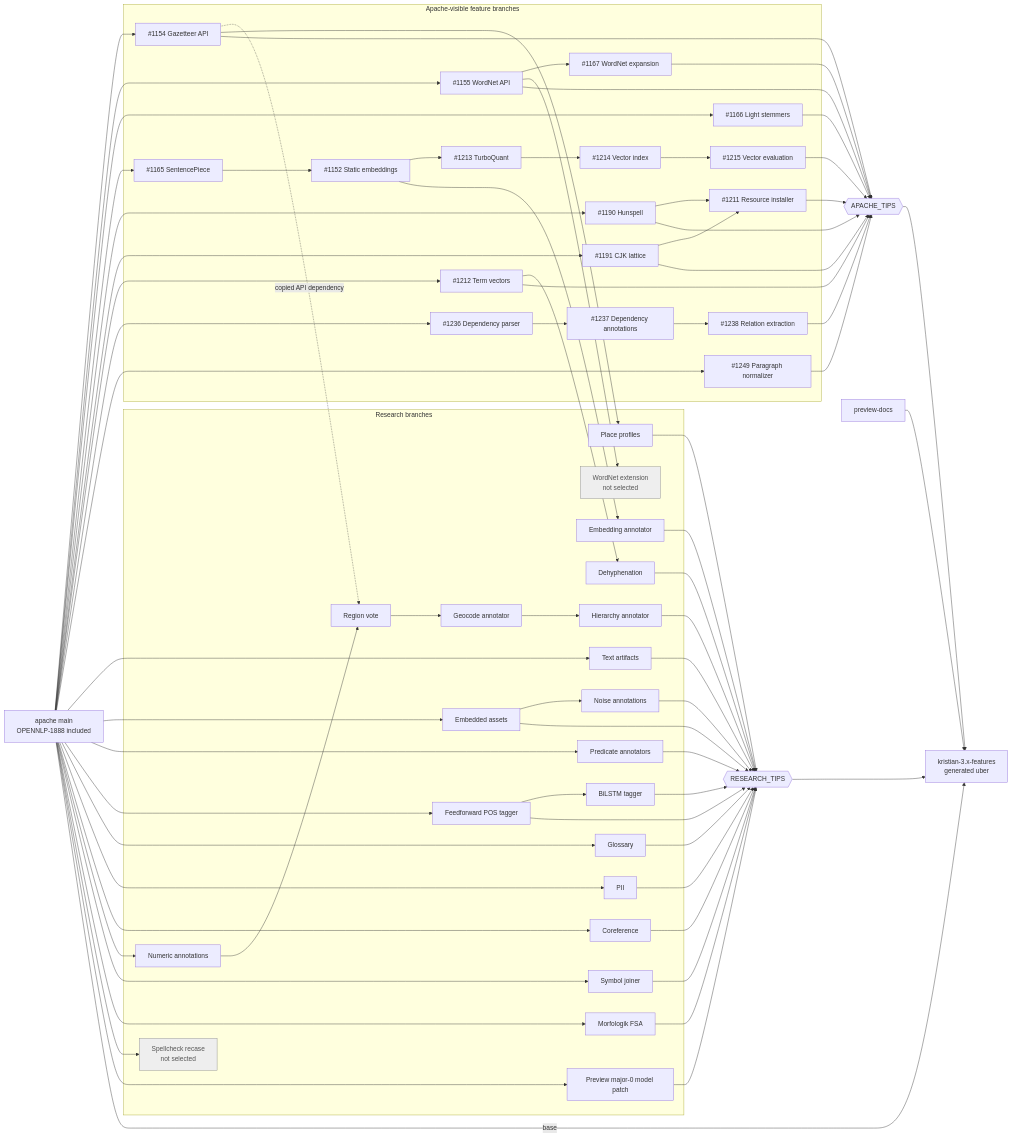
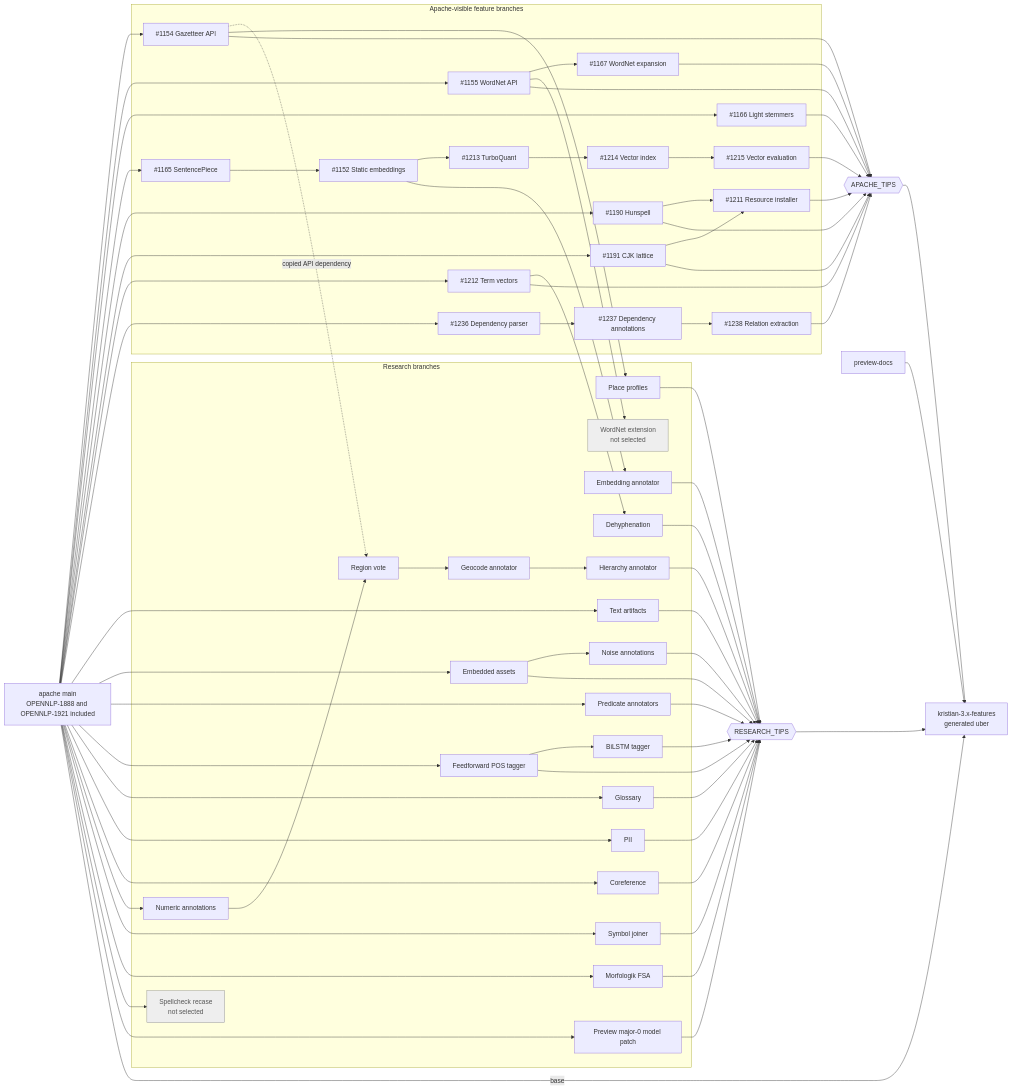
The diagram in RESEARCH_BRANCHES.md (ai-pipestream/opennlp), drawn with Mermaid before and after one commit. The commit also changed other lines of this file, not shown here.

Commit message:
Update branch map after OPENNLP-1921 merge

````diff
--- a/RESEARCH_BRANCHES.md
+++ b/RESEARCH_BRANCHES.md
@@ -38,6 +39,6 @@
 ```mermaid
 flowchart LR
-  main["apache main<br/>OPENNLP-1888 included"]
+  main["apache main<br/>OPENNLP-1888 and OPENNLP-1921 included"]
   uber["kristian-3.x-features<br/>generated uber"]
   apacheTips{{"APACHE_TIPS"}}
   researchTips{{"RESEARCH_TIPS"}}
@@ -59,7 +60,6 @@
     parser["#1236 Dependency parser"]
     dependency["#1237 Dependency annotations"]
     relation["#1238 Relation extraction"]
-    paragraph["#1249 Paragraph normalizer"]
   end
 
   subgraph research["Research branches"]
@@ -98,7 +98,6 @@
   lattice --> installer
   main --> termvector
   main --> parser --> dependency --> relation
-  main --> paragraph
 
   main --> artifacts
   main --> assets --> noise
@@ -128,7 +127,6 @@
   termvector --> apacheTips
   evaluation --> apacheTips
   relation --> apacheTips
-  paragraph --> apacheTips
 
   artifacts --> researchTips
   assets --> researchTips
````
